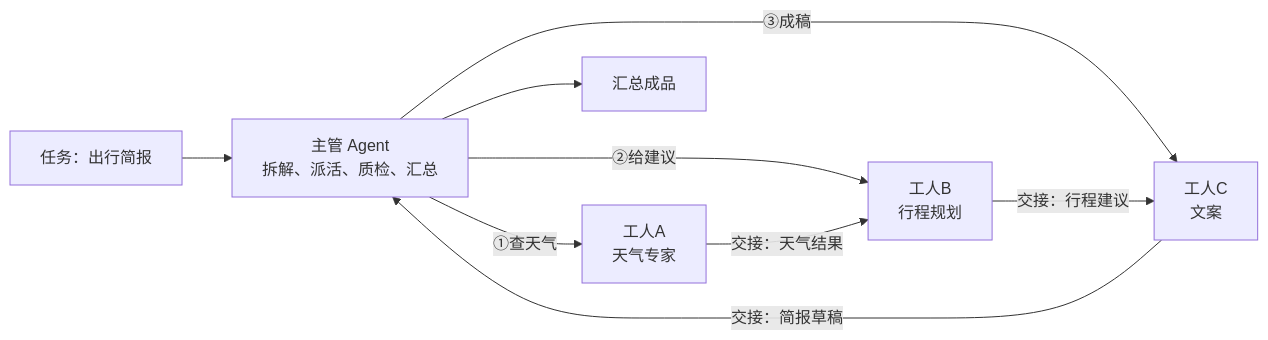
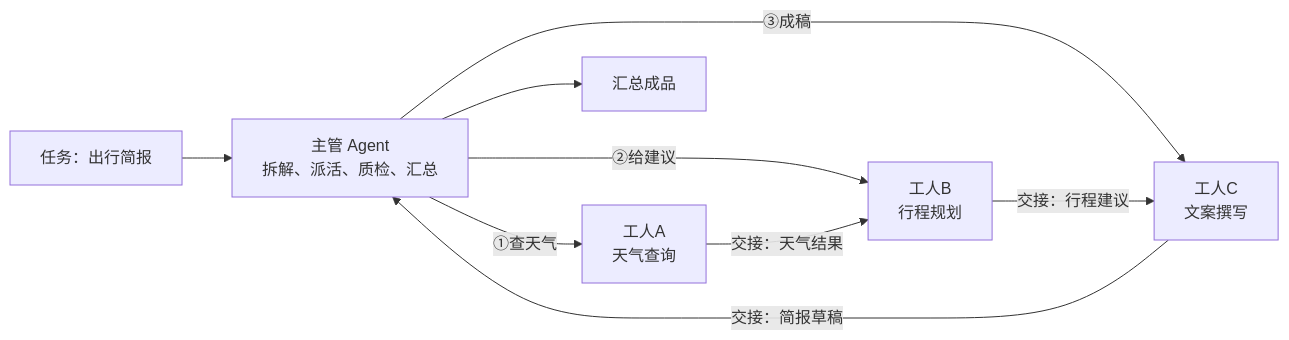
One commit to xxxAndlk/AI_Agent_Learning_path changed the diagram in 06.Agent系统与智能体/第08课_MultiAgent协作与框架选型/第08课.md. Above: the diagram before and after it, drawn with Mermaid. The commit also changed other lines of this file and 3 other files, not shown here.

````diff
--- a/06.Agent系统与智能体/第08课_MultiAgent协作与框架选型/第08课.md
+++ b/06.Agent系统与智能体/第08课_MultiAgent协作与框架选型/第08课.md
@@ -15,11 +15,11 @@
 ```mermaid
 flowchart LR
     U["任务：出行简报"] --> B["主管 Agent<br/>拆解、派活、质检、汇总"]
-    B -- "①查天气" --> W1["工人A<br/>天气专家"]
+    B -- "①查天气" --> W1["工人A<br/>天气查询"]
     B -- "②给建议" --> W2["工人B<br/>行程规划"]
     W1 -- "交接：天气结果" --> W2
-    B -- "③成稿" --> W3["工人C<br/>文案"]
+    B -- "③成稿" --> W3["工人C<br/>文案撰写"]
     W2 -- "交接：行程建议" --> W3
     W3 -- "交接：简报草稿" --> B
     B --> OUT["汇总成品"]
 ```
````
